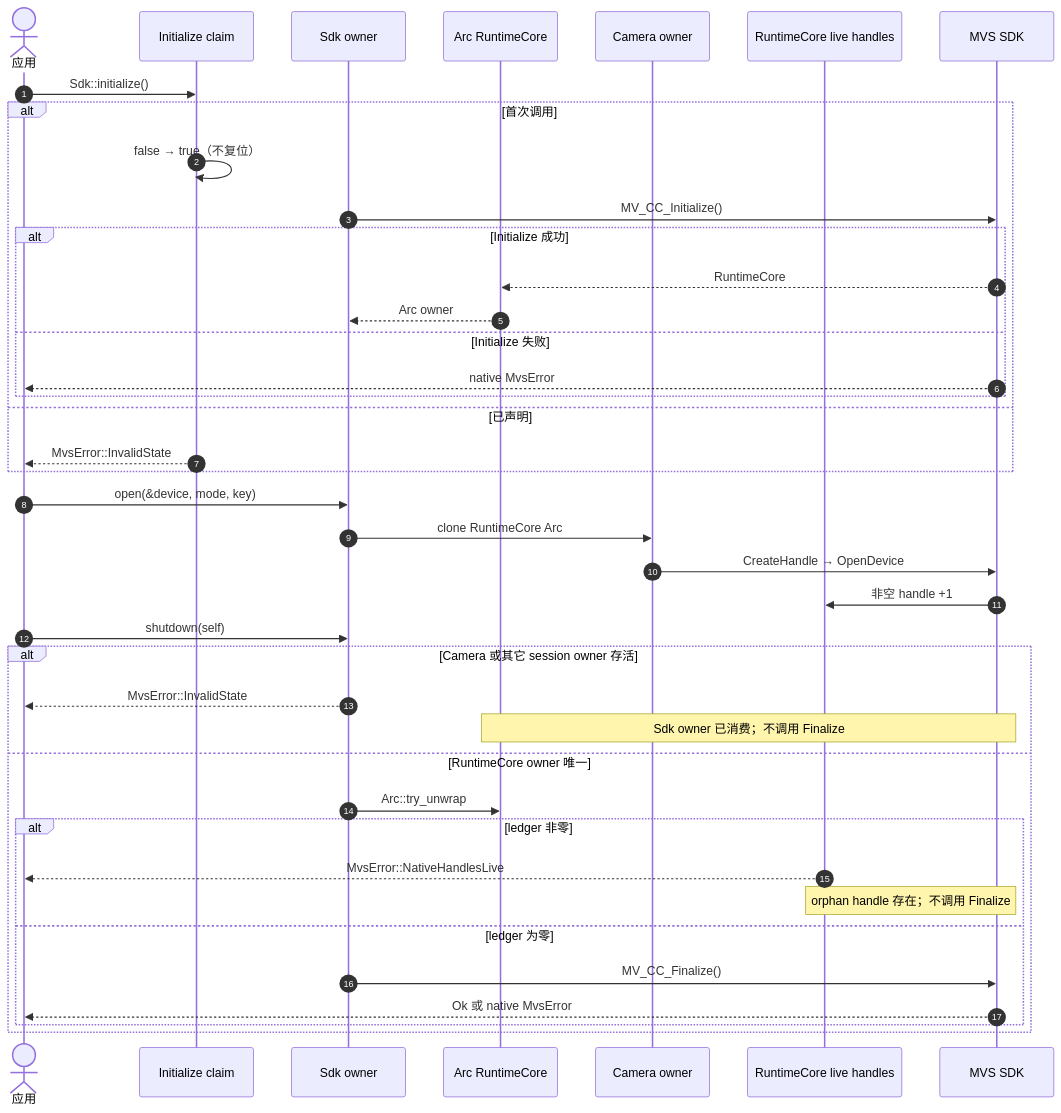
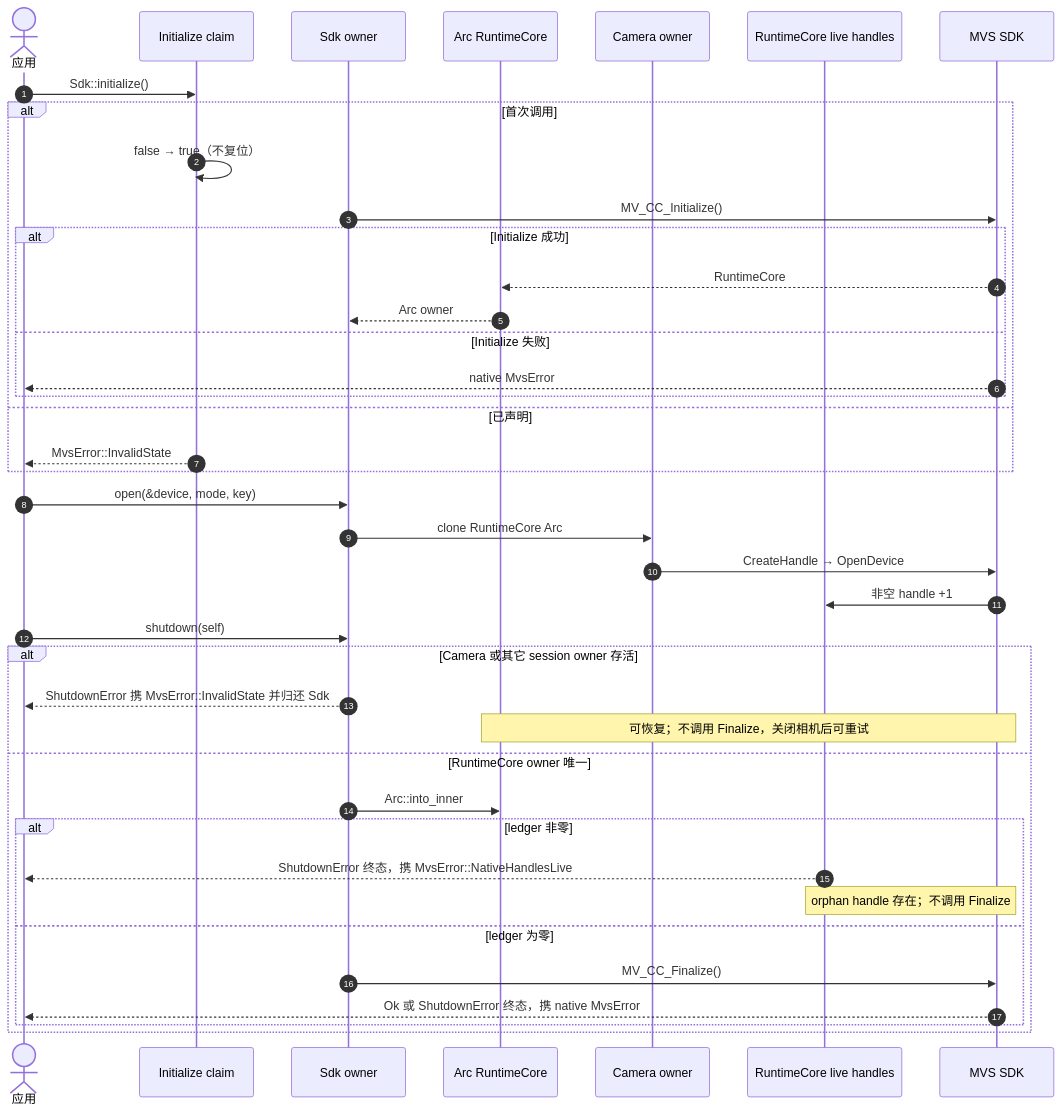
Before and after one commit to JSB-Unscarred/mvs-sdk-rs: the diagram in 时序图/Sdk-shutdown的终态约束.md, drawn with Mermaid. The commit also changed other lines of this file and 20 other files, not shown here.

````diff
--- a/时序图/Sdk-shutdown的终态约束.md
+++ b/时序图/Sdk-shutdown的终态约束.md
@@ -11,45 +12,45 @@
 ```mermaid
 sequenceDiagram
     autonumber
     actor App as 应用
     participant Claim as Initialize claim
     participant Sdk as Sdk owner
     participant Runtime as Arc RuntimeCore
     participant Camera as Camera owner
     participant Ledger as RuntimeCore live handles
     participant Native as MVS SDK
 
     App->>Claim: Sdk::initialize()
     alt 首次调用
         Claim->>Claim: false → true（不复位）
         Sdk->>Native: MV_CC_Initialize()
         alt Initialize 成功
             Native-->>Runtime: RuntimeCore
             Runtime-->>Sdk: Arc owner
         else Initialize 失败
             Native-->>App: native MvsError
         end
     else 已声明
         Claim-->>App: MvsError::InvalidState
     end
 
     App->>Sdk: open(&device, mode, key)
     Sdk->>Camera: clone RuntimeCore Arc
     Camera->>Native: CreateHandle → OpenDevice
     Native->>Ledger: 非空 handle +1
 
     App->>Sdk: shutdown(self)
     alt Camera 或其它 session owner 存活
-        Sdk-->>App: MvsError::InvalidState
-        Note over Runtime,Native: Sdk owner 已消费；不调用 Finalize
+        Sdk-->>App: ShutdownError 携 MvsError::InvalidState 并归还 Sdk
+        Note over Runtime,Native: 可恢复；不调用 Finalize，关闭相机后可重试
     else RuntimeCore owner 唯一
-        Sdk->>Runtime: Arc::try_unwrap
+        Sdk->>Runtime: Arc::into_inner
         alt ledger 非零
-            Ledger-->>App: MvsError::NativeHandlesLive
+            Ledger-->>App: ShutdownError 终态，携 MvsError::NativeHandlesLive
             Note over Ledger,Native: orphan handle 存在；不调用 Finalize
         else ledger 为零
             Sdk->>Native: MV_CC_Finalize()
-            Native-->>App: Ok 或 native MvsError
+            Native-->>App: Ok 或 ShutdownError 终态，携 native MvsError
         end
     end
 ```
````
